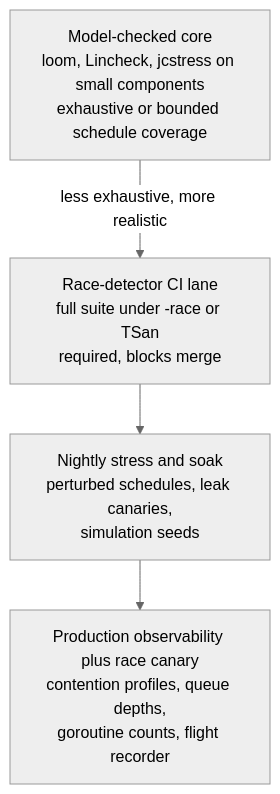
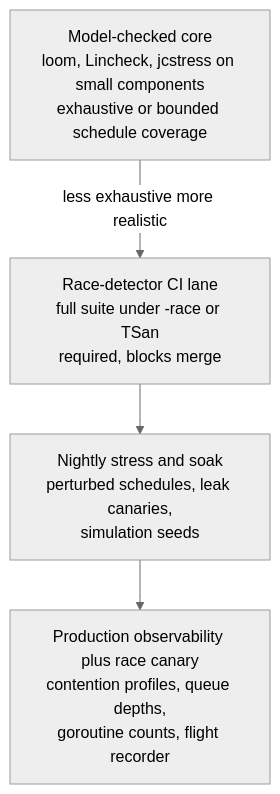
One commit to bumbsclaw/textbooks changed the seventh of 7 diagrams in vol-04-concurrency/ch10-testing-concurrency.md. Above: the diagram before and after it, drawn with Mermaid (neutral theme). The commit also changed 173 other files, not shown here.

First line of the commit message:
fix(mermaid): close note brackets, semicolons in Notes, stateDiagram br -> dash, edge parens

````diff
--- a/vol-04-concurrency/ch10-testing-concurrency.md
+++ b/vol-04-concurrency/ch10-testing-concurrency.md
@@ -678,8 +678,8 @@
 ```mermaid
 flowchart TB
   L1["Model-checked core<br/>loom, Lincheck, jcstress on small components<br/>exhaustive or bounded schedule coverage"]
   L2["Race-detector CI lane<br/>full suite under -race or TSan<br/>required, blocks merge"]
   L3["Nightly stress and soak<br/>perturbed schedules, leak canaries,<br/>simulation seeds"]
   L4["Production observability plus race canary<br/>contention profiles, queue depths,<br/>goroutine counts, flight recorder"]
-  L1 -->|"less exhaustive, more realistic"| L2 --> L3 --> L4
+  L1 -->|"less exhaustive more realistic"| L2 --> L3 --> L4
 ```
````
